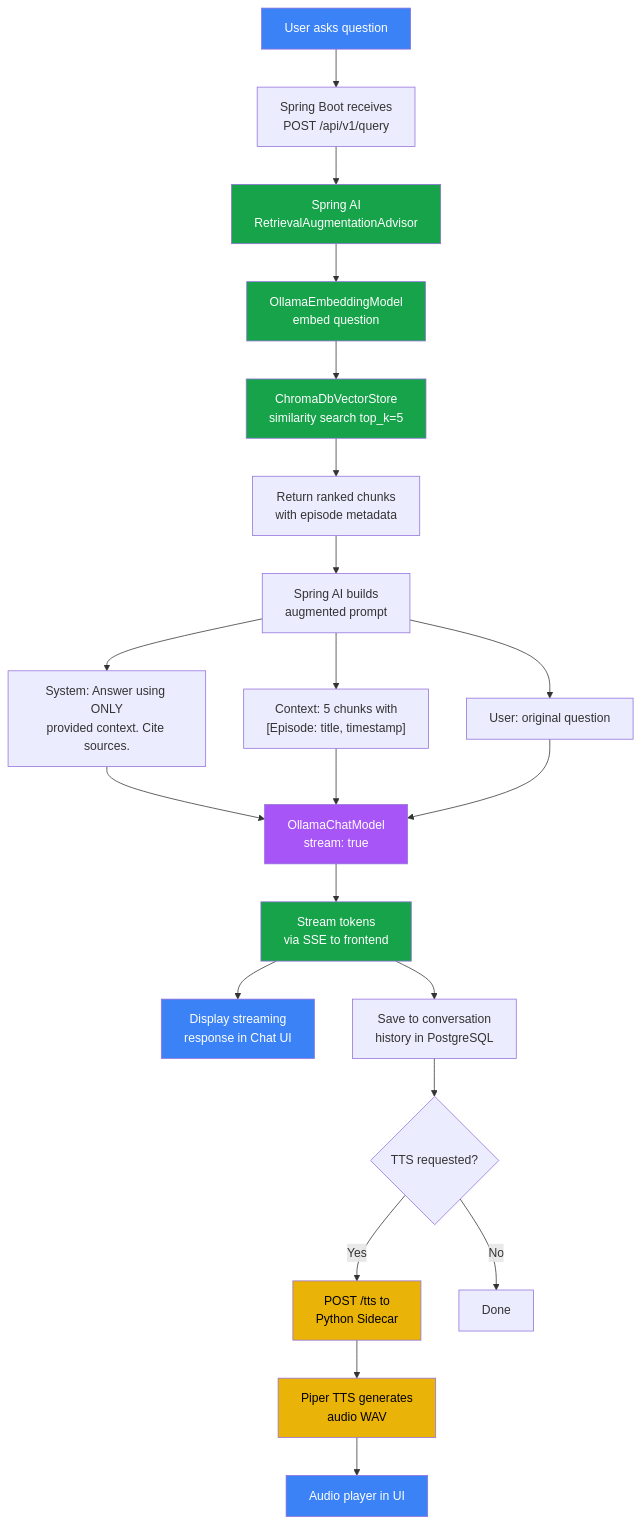
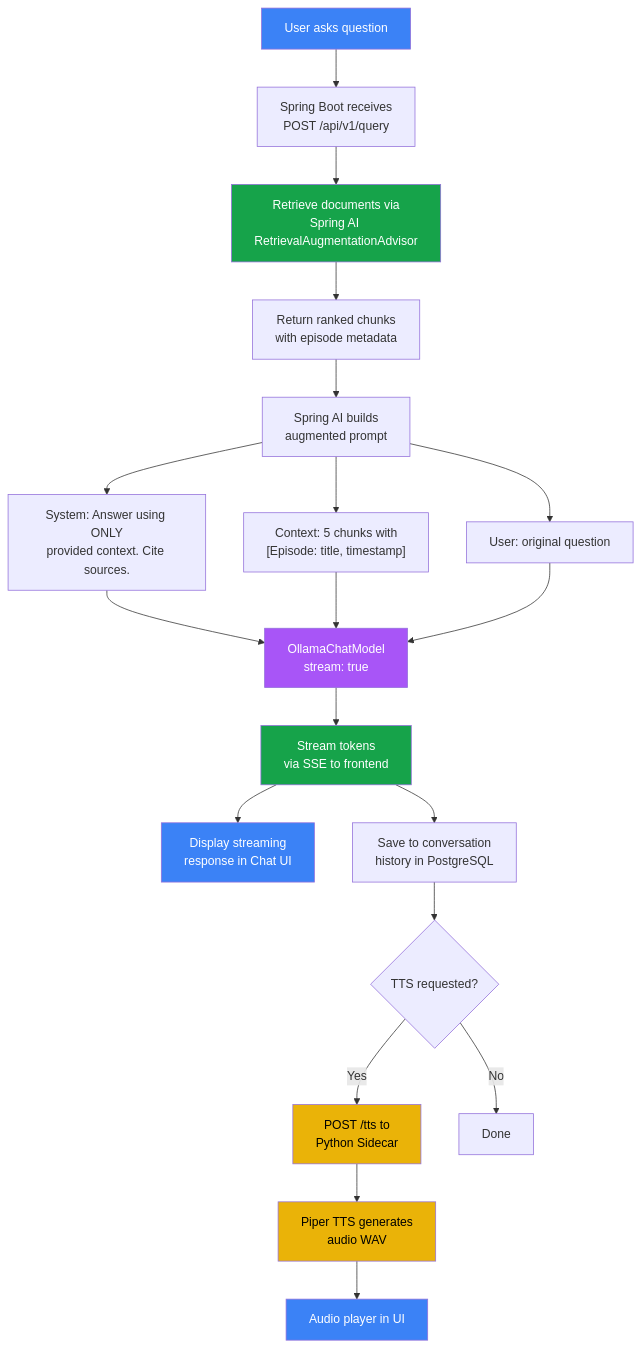
Before and after one commit to jsohi/localloom: the third of 7 diagrams in docs/DIAGRAMS.md, drawn with Mermaid. The commit also changed other lines of this file and 1 other file, not shown here.

Commit message:
Address PR review: fix stale refs, simplify flowcharts, add version note
- Add target version disclaimer note to DESIGN.md (consistency with DIAGRAMS.md)
- Replace stale all-MiniLM-L6-v2 refs with nomic-embed-text (Ollama embedding)
- Remove stale sentence-transformers reference from architecture rationale
- Add missing EMBEDDING status transition in sequence diagram
- Simplify import flowchart: combine embed+store into single VectorStore step
- Simplify RAG flowchart: abstract RetrievalAugmentationAdvisor internals

````diff
--- a/docs/DIAGRAMS.md
+++ b/docs/DIAGRAMS.md
@@ -144,42 +140,37 @@
 ```mermaid
 flowchart TD
     A[User asks question] --> B[Spring Boot receives<br/>POST /api/v1/query]
 
-    B --> C[Spring AI<br/>RetrievalAugmentationAdvisor]
-
-    C --> D[OllamaEmbeddingModel<br/>embed question]
-    D --> E[ChromaDbVectorStore<br/>similarity search top_k=5]
-    E --> F[Return ranked chunks<br/>with episode metadata]
+    B --> C[Retrieve documents via<br/>Spring AI RetrievalAugmentationAdvisor]
+    C --> F[Return ranked chunks<br/>with episode metadata]
 
     F --> G[Spring AI builds<br/>augmented prompt]
 
     G --> H["System: Answer using ONLY<br/>provided context. Cite sources."]
     G --> I["Context: 5 chunks with<br/>[Episode: title, timestamp]"]
     G --> J["User: original question"]
 
     H --> K[OllamaChatModel<br/>stream: true]
     I --> K
     J --> K
 
     K --> L[Stream tokens<br/>via SSE to frontend]
     L --> M[Display streaming<br/>response in Chat UI]
 
     L --> N[Save to conversation<br/>history in PostgreSQL]
 
     N --> O{TTS requested?}
     O -->|Yes| P[POST /tts to<br/>Python Sidecar]
     P --> Q[Piper TTS generates<br/>audio WAV]
     Q --> R[Audio player in UI]
     O -->|No| S[Done]
 
     style A fill:#3b82f6,color:#fff
     style C fill:#16a34a,color:#fff
-    style D fill:#16a34a,color:#fff
-    style E fill:#16a34a,color:#fff
     style K fill:#a855f7,color:#fff
     style L fill:#16a34a,color:#fff
     style M fill:#3b82f6,color:#fff
     style P fill:#eab308,color:#000
     style Q fill:#eab308,color:#000
     style R fill:#3b82f6,color:#fff
 ```
````
